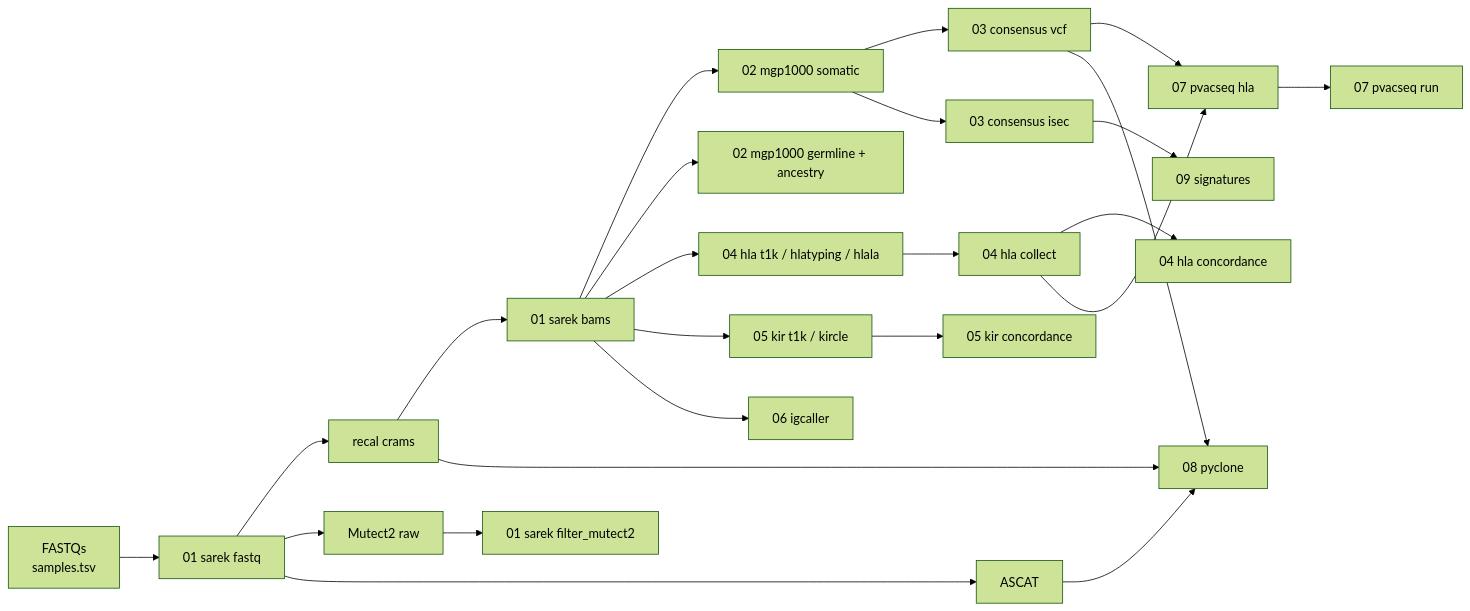
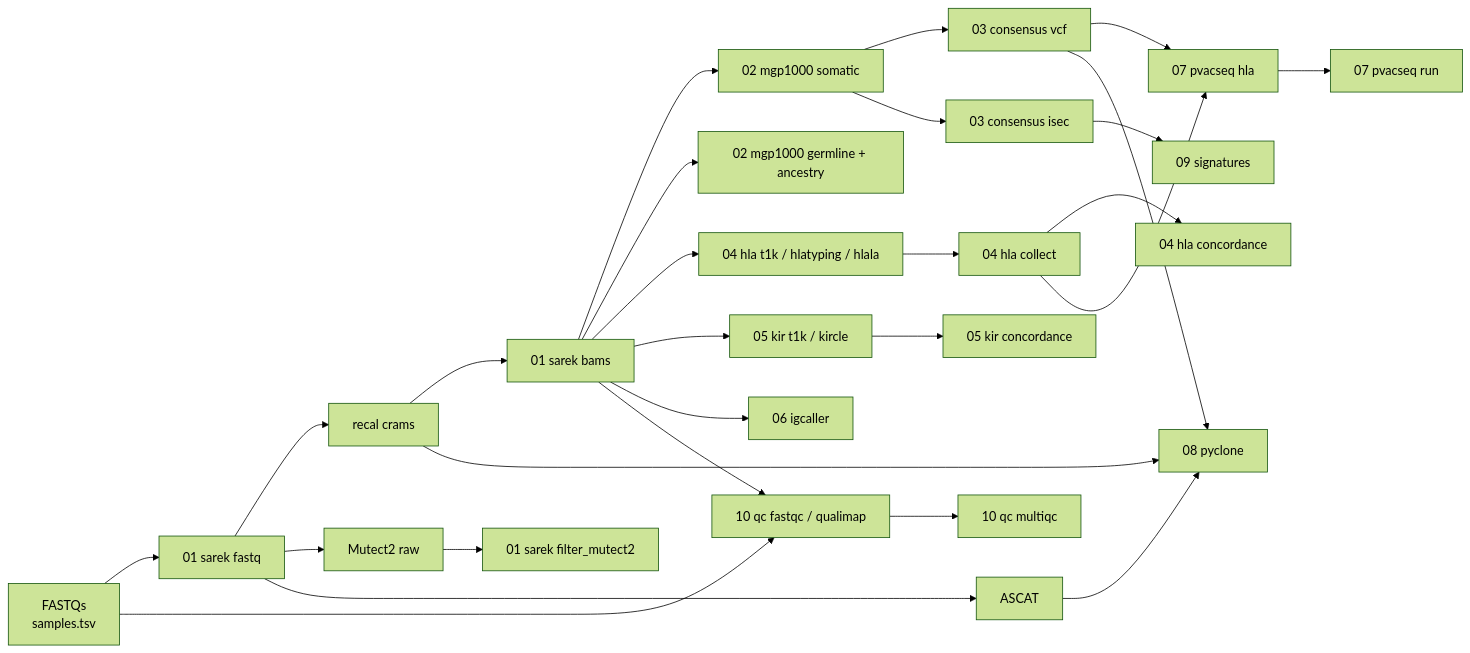
The diagram in docs/STAGES.md (amootta/MyelomaLab_WES_Pipeline), drawn with Mermaid (forest theme) before and after one commit. The commit also changed other lines of this file and 11 other files, not shown here.

````diff
--- a/docs/STAGES.md
+++ b/docs/STAGES.md
@@ -8,26 +8,29 @@
 ```mermaid
 flowchart LR
   fq[FASTQs<br/>samples.tsv] --> s1[01 sarek fastq]
   s1 --> cram[recal crams]
   s1 --> m2raw[Mutect2 raw]
   s1 --> ascat[ASCAT]
   cram --> bams[01 sarek bams]
   m2raw --> m2f[01 sarek filter_mutect2]
   bams --> mgp[02 mgp1000 somatic]
   bams --> mgpg[02 mgp1000 germline + ancestry]
   mgp --> cvcf[03 consensus vcf]
   mgp --> isec[03 consensus isec]
   bams --> hla[04 hla t1k / hlatyping / hlala]
   hla --> hcol[04 hla collect]
   hcol --> hconc[04 hla concordance]
   bams --> kir[05 kir t1k / kircle]
   kir --> kconc[05 kir concordance]
   bams --> ig[06 igcaller]
   cvcf --> phla[07 pvacseq hla]
   hcol --> phla
   phla --> prun[07 pvacseq run]
   cvcf --> py[08 pyclone]
   ascat --> py
   cram --> py
   isec --> sig[09 signatures]
+  bams --> qc[10 qc fastqc / qualimap]
+  fq --> qc
+  qc --> mqc[10 qc multiqc]
 ```
````
